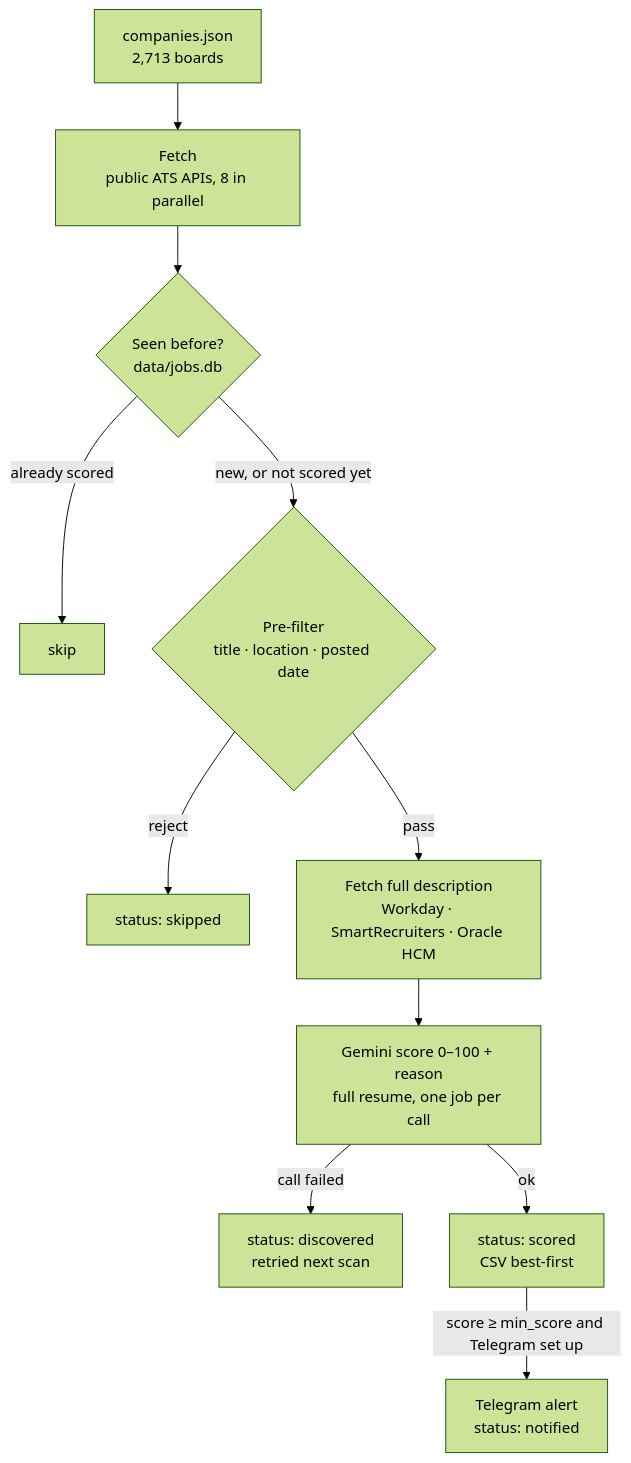
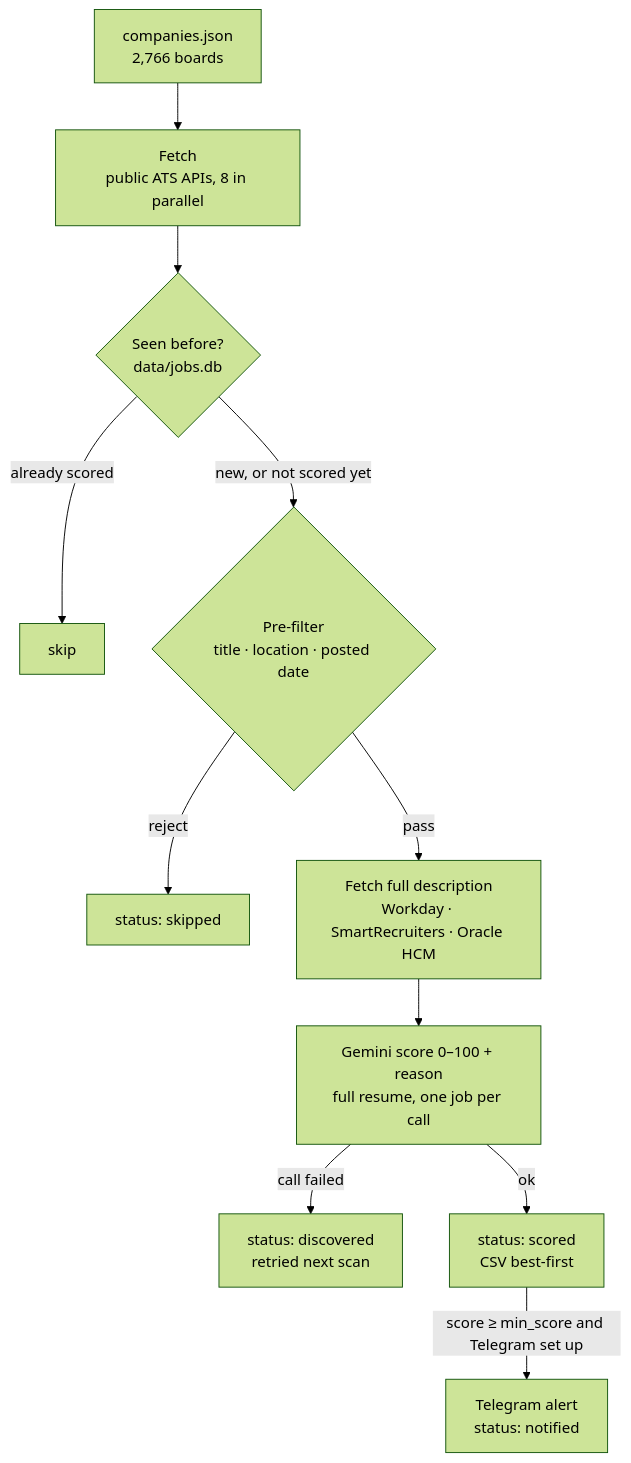
Before and after one commit to Manish814142/rolesight: the diagram in README.md, drawn with Mermaid (forest theme). The commit also changed other lines of this file and 9 other files, not shown here.

````diff
--- a/README.md
+++ b/README.md
@@ -86,13 +86,13 @@
 ```mermaid
 flowchart TD
-    C["companies.json<br/>2,713 boards"] --> F["Fetch<br/>public ATS APIs, 8 in parallel"]
+    C["companies.json<br/>2,766 boards"] --> F["Fetch<br/>public ATS APIs, 8 in parallel"]
     F --> D{"Seen before?<br/>data/jobs.db"}
     D -- "already scored" --> X["skip"]
     D -- "new, or not scored yet" --> P{"Pre-filter<br/>title · location · posted date"}
     P -- reject --> S["status: skipped"]
     P -- pass --> E["Fetch full description<br/>Workday · SmartRecruiters · Oracle HCM"]
     E --> G["Gemini score 0–100 + reason<br/>full resume, one job per call"]
     G -- "call failed" --> R["status: discovered<br/>retried next scan"]
     G -- ok --> O["status: scored<br/>CSV best-first"]
     O -- "score ≥ min_score and Telegram set up" --> T["Telegram alert<br/>status: notified"]
 ```
````
